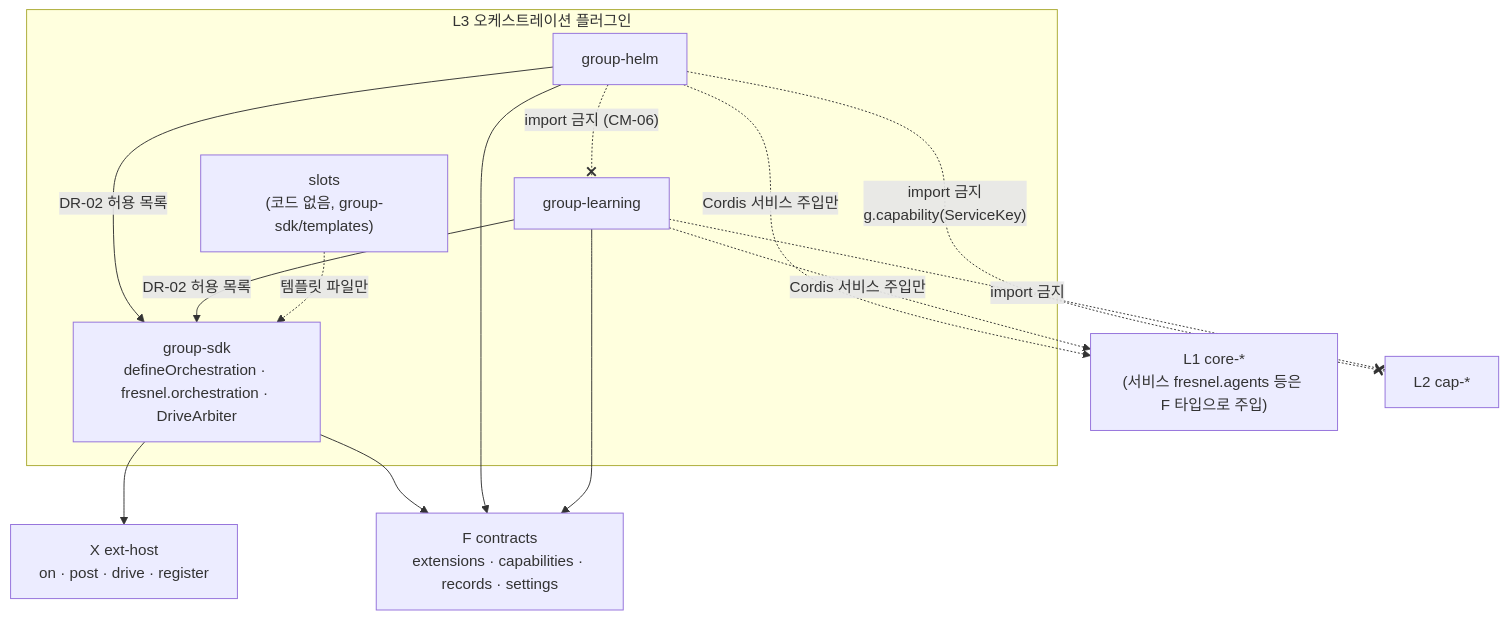
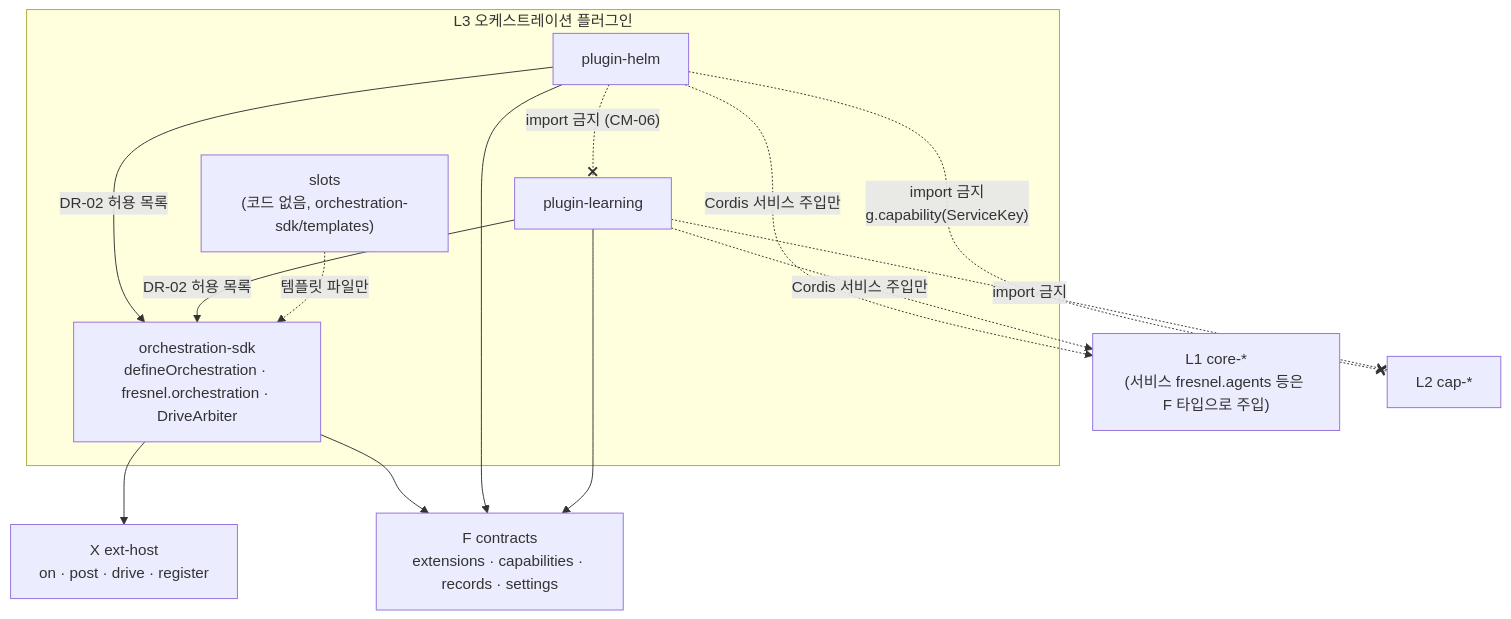
The first of 2 diagrams in docs/xeon/L3/README.md (Rengod95/Helm-Agent_Docs_OS), drawn with Mermaid before and after one commit. The commit also changed other lines of this file and 538 other files, not shown here.

First line of the commit message:
fresnel(group): 패키지와 폴더 이름을 바꾼다: group-sdk → orchestration-sdk, group-<이름> → plugin-<이름>, 템플릿 @fresnel/plugin-__ID__ (AGE-33)

````diff
--- a/docs/xeon/L3/README.md
+++ b/docs/xeon/L3/README.md
@@ -59,26 +59,26 @@
 ```mermaid
 flowchart TD
   subgraph L3["L3 오케스트레이션 플러그인"]
-    kit["group-sdk<br/>defineOrchestration · fresnel.orchestration · DriveArbiter"]
-    helm["group-helm"]
-    learn["group-learning"]
-    slots["slots<br/>(코드 없음, group-sdk/templates)"]
+    kit["orchestration-sdk<br/>defineOrchestration · fresnel.orchestration · DriveArbiter"]
+    helm["plugin-helm"]
+    learn["plugin-learning"]
+    slots["slots<br/>(코드 없음, orchestration-sdk/templates)"]
   end
   F["F contracts<br/>extensions · capabilities · records · settings"]
   X["X ext-host<br/>on · post · drive · register"]
   L1["L1 core-*<br/>(서비스 fresnel.agents 등은 F 타입으로 주입)"]
   CAP["L2 cap-*"]
 
   helm -->|"DR-02 허용 목록"| kit
   learn -->|"DR-02 허용 목록"| kit
   slots -.->|"템플릿 파일만"| kit
   kit --> X
   kit --> F
   helm --> F
   learn --> F
   helm -.->|"Cordis 서비스 주입만"| L1
   learn -.->|"Cordis 서비스 주입만"| L1
   helm -. "import 금지<br/>g.capability(ServiceKey)" .-x CAP
   learn -. "import 금지" .-x CAP
   helm -. "import 금지 (CM-06)" .-x learn
 ```
````
